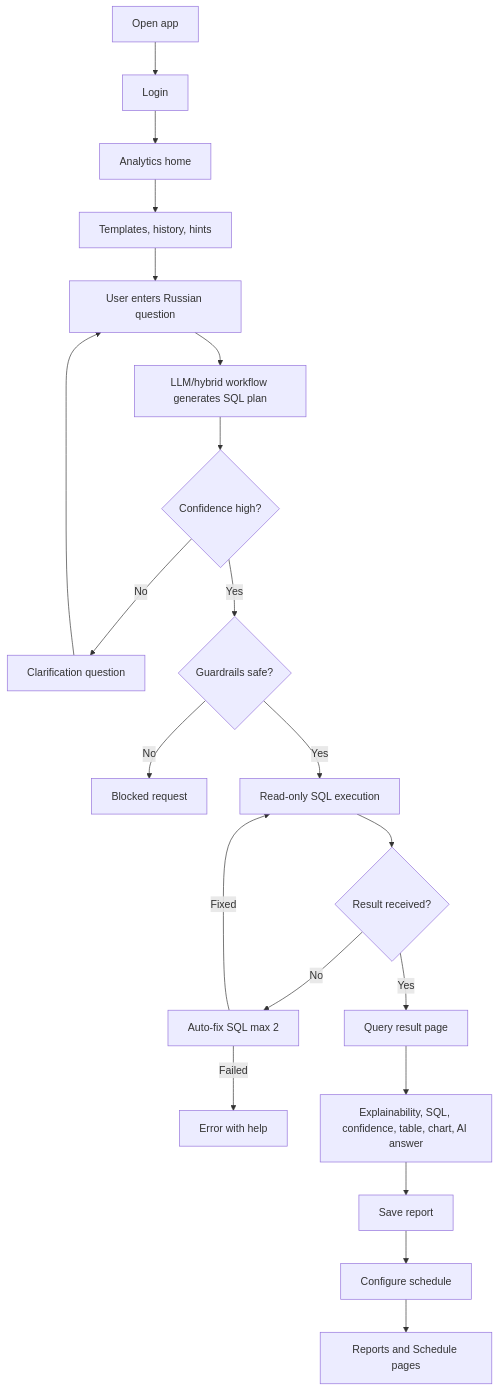
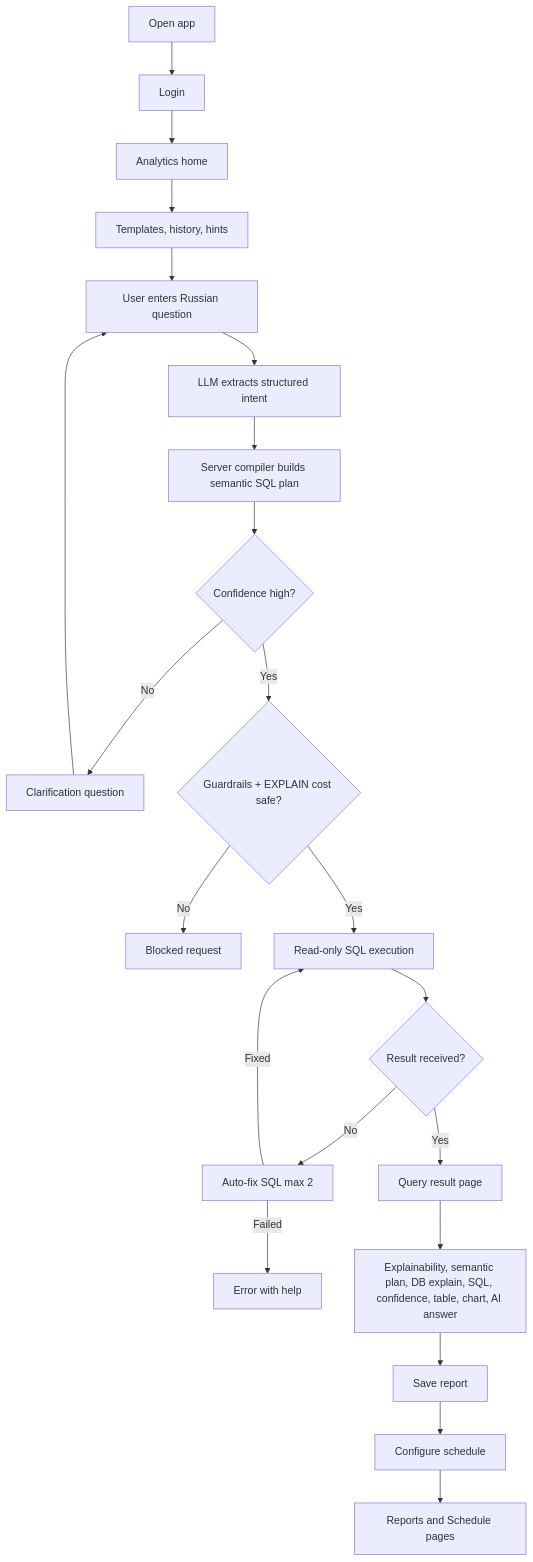
Before and after one commit to agarogo/drivee_Tolmach: the third of 5 diagrams in docs/architecture.md, drawn with Mermaid. The commit also changed other lines of this file and 79 other files, not shown here.

````diff
--- a/docs/architecture.md
+++ b/docs/architecture.md
@@ -48,23 +48,24 @@
 ```mermaid
 flowchart TD
     A[Open app] --> B[Login]
     B --> C[Analytics home]
     C --> D[Templates, history, hints]
     D --> E[User enters Russian question]
-    E --> F[LLM/hybrid workflow generates SQL plan]
-    F --> G{Confidence high?}
-    G -->|No| H[Clarification question]
-    H --> E
-    G -->|Yes| I{Guardrails safe?}
-    I -->|No| J[Blocked request]
-    I -->|Yes| K[Read-only SQL execution]
-    K --> L{Result received?}
-    L -->|No| M[Auto-fix SQL max 2]
-    M -->|Fixed| K
-    M -->|Failed| N[Error with help]
-    L -->|Yes| O[Query result page]
-    O --> P[Explainability, SQL, confidence, table, chart, AI answer]
-    P --> Q[Save report]
-    Q --> R[Configure schedule]
-    R --> S[Reports and Schedule pages]
+    E --> F[LLM extracts structured intent]
+    F --> G[Server compiler builds semantic SQL plan]
+    G --> H{Confidence high?}
+    H -->|No| I[Clarification question]
+    I --> E
+    H -->|Yes| J{Guardrails + EXPLAIN cost safe?}
+    J -->|No| K[Blocked request]
+    J -->|Yes| L[Read-only SQL execution]
+    L --> M{Result received?}
+    M -->|No| N[Auto-fix SQL max 2]
+    N -->|Fixed| L
+    N -->|Failed| O[Error with help]
+    M -->|Yes| P[Query result page]
+    P --> Q[Explainability, semantic plan, DB explain, SQL, confidence, table, chart, AI answer]
+    Q --> R[Save report]
+    R --> S[Configure schedule]
+    S --> T[Reports and Schedule pages]
 ```
````
